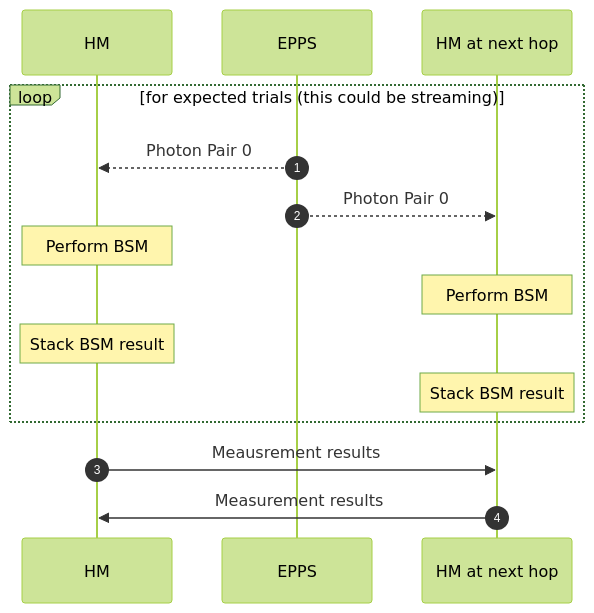
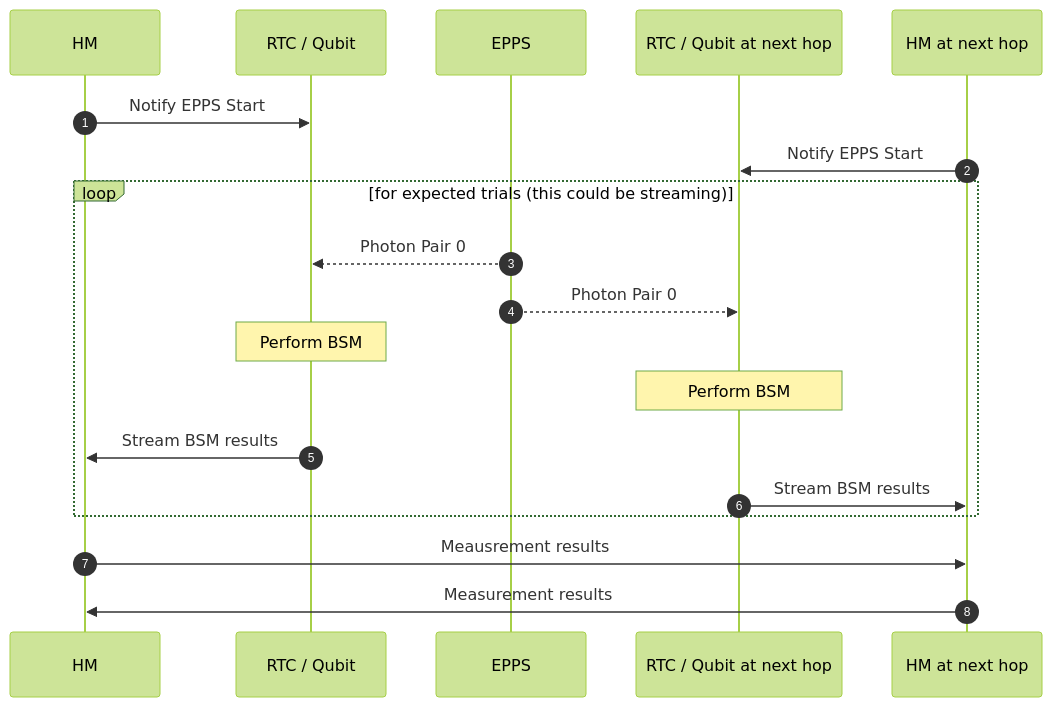
One commit to sfc-aqua/qrsa changed the fifth of 7 diagrams in hardware_monitor/README.md. Above: the diagram before and after it, drawn with Mermaid (forest theme). The commit also changed other lines of this file and 9 other files, not shown here.

````diff
--- a/hardware_monitor/README.md
+++ b/hardware_monitor/README.md
@@ -151,22 +162,27 @@
 ```mermaid
 
 sequenceDiagram
 autonumber
 
 participant hm as HM
+participant rtc as RTC / Qubit
 participant epps as EPPS
+participant rtc2 as RTC / Qubit at next hop
 participant hm2 as HM at next hop
 
+hm ->> rtc: Notify EPPS Start
+hm2 ->> rtc2: Notify EPPS Start
+
 loop for expected trials (this could be streaming)
-    epps -->> hm: Photon Pair 0
-    epps -->> hm2: Photon Pair 0
+    epps -->> rtc: Photon Pair 0
+    epps -->> rtc2: Photon Pair 0
 
-    Note over hm: Perform BSM
-    Note over hm2: Perform BSM
-    Note over hm: Stack BSM result
-    Note over hm2: Stack BSM result
+    Note over rtc: Perform BSM
+    Note over rtc2: Perform BSM
+    rtc ->> hm: Stream BSM results
+    rtc2 ->> hm2: Stream BSM results
 end 
 
 hm ->> hm2: Meausrement results
 hm2 ->> hm: Measurement results
 ```
````
